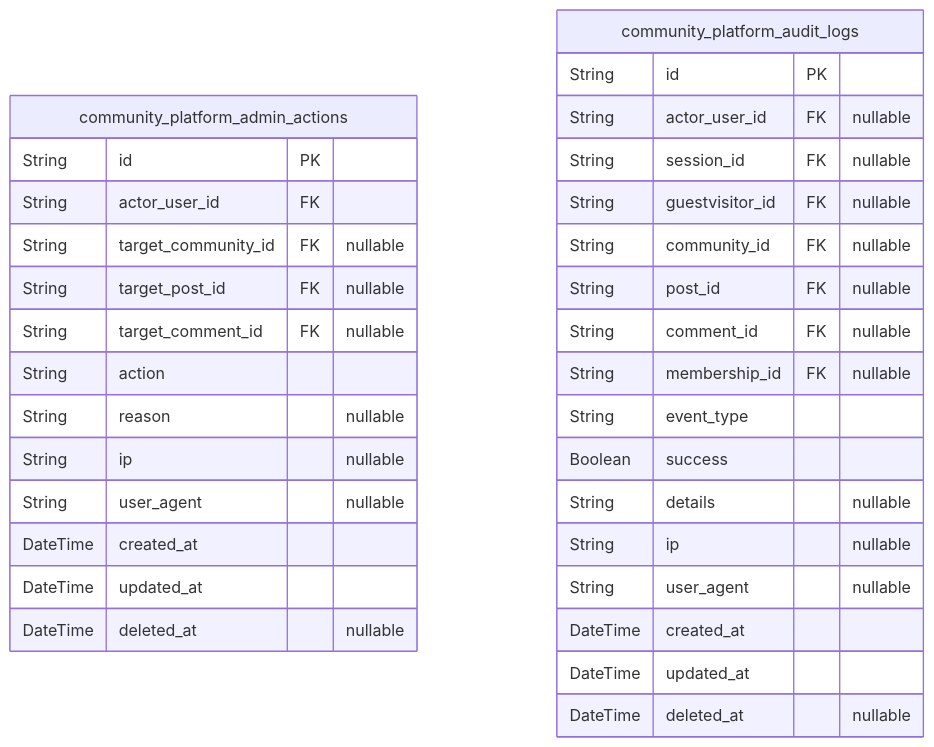
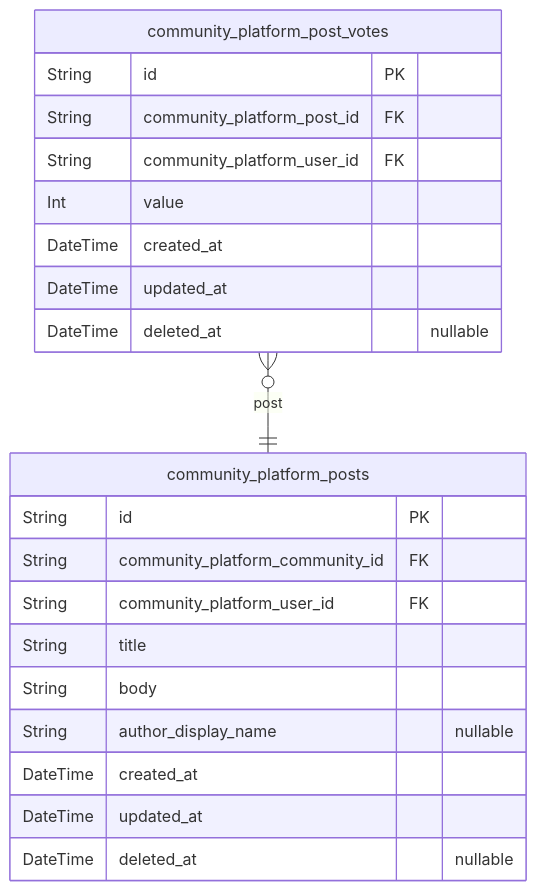
The fifth of 6 diagrams in docs/ERD.md (wrtnlabs/autobe-example-reddit-openai-gpt-5), drawn with Mermaid before and after one commit. The commit also changed other lines of this file and 721 other files, not shown here.

````diff
--- a/docs/ERD.md
+++ b/docs/ERD.md
@@ -777,35 +406,24 @@
 ```mermaid
 erDiagram
-"community_platform_admin_actions" {
+"community_platform_posts" {
   String id PK
-  String actor_user_id FK
-  String target_community_id FK "nullable"
-  String target_post_id FK "nullable"
-  String target_comment_id FK "nullable"
-  String action
-  String reason "nullable"
-  String ip "nullable"
-  String user_agent "nullable"
+  String community_platform_community_id FK
+  String community_platform_user_id FK
+  String title
+  String body
+  String author_display_name "nullable"
   DateTime created_at
   DateTime updated_at
   DateTime deleted_at "nullable"
 }
-"community_platform_audit_logs" {
+"community_platform_post_votes" {
   String id PK
-  String actor_user_id FK "nullable"
-  String session_id FK "nullable"
-  String guestvisitor_id FK "nullable"
-  String community_id FK "nullable"
-  String post_id FK "nullable"
-  String comment_id FK "nullable"
-  String membership_id FK "nullable"
-  String event_type
-  Boolean success
-  String details "nullable"
-  String ip "nullable"
-  String user_agent "nullable"
+  String community_platform_post_id FK
+  String community_platform_user_id FK
+  Int value
   DateTime created_at
   DateTime updated_at
   DateTime deleted_at "nullable"
 }
+"community_platform_post_votes" }o--|| "community_platform_posts" : post
 ```
````
